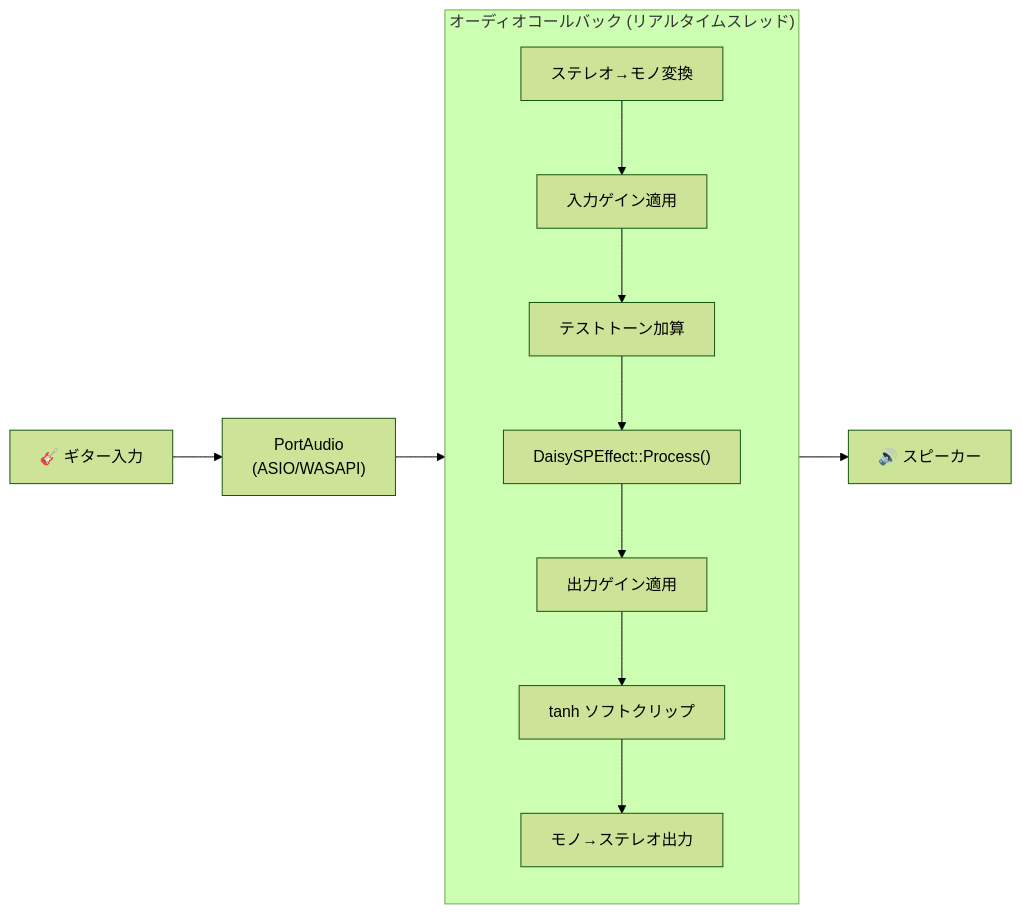
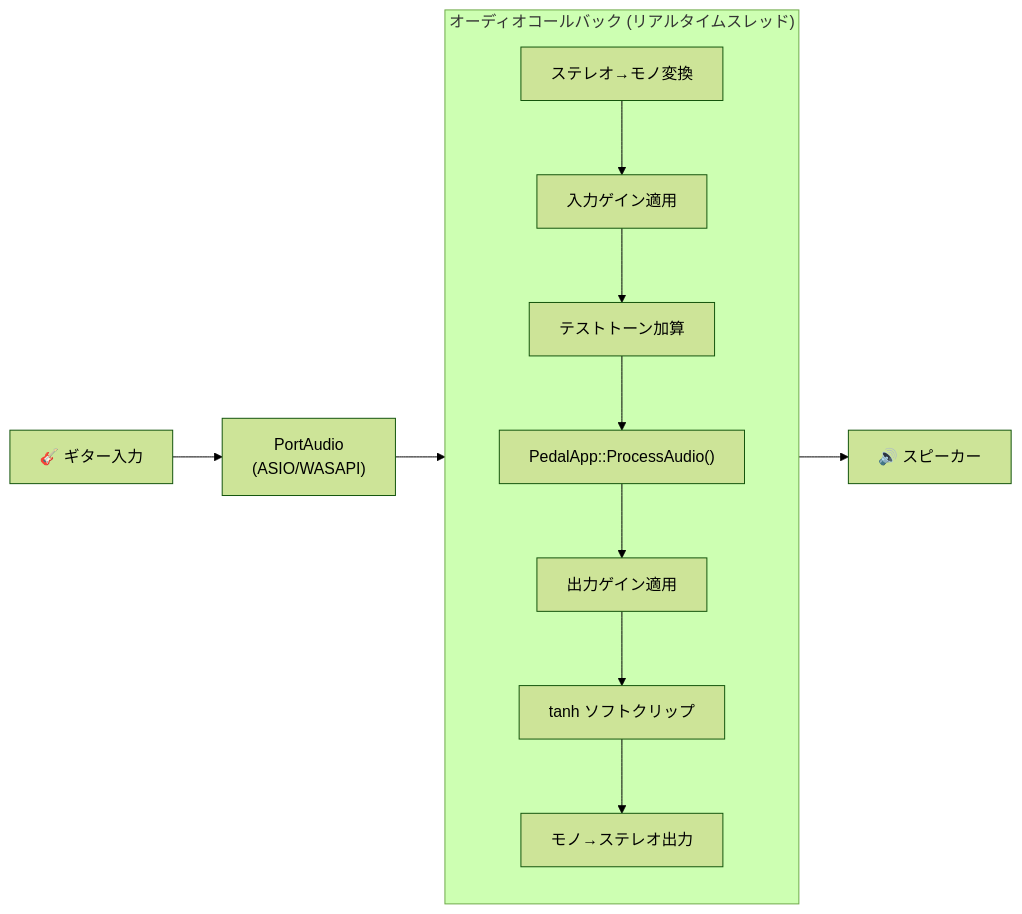
Before and after one commit to hiroyuki-s1/daisy_sim: the fourth of 8 diagrams in README.md, drawn with Mermaid (forest theme). The commit also changed other lines of this file and 30 other files, not shown here.

First line of the commit message:
Add HAL abstraction layer and PedalApp shared logic for all 3 build modes

````diff
--- a/README.md
+++ b/README.md
@@ -202,16 +279,16 @@
 ```mermaid
 flowchart LR
     IN["🎸 ギター入力"] --> PA["PortAudio<br/>(ASIO/WASAPI)"]
     PA --> CB["オーディオ<br/>コールバック"]
     CB --> OUT["🔊 スピーカー"]
 
     subgraph CB["オーディオコールバック (リアルタイムスレッド)"]
         direction TB
         C1["ステレオ→モノ変換"] --> C2["入力ゲイン適用"]
         C2 --> C3["テストトーン加算"]
-        C3 --> C4["DaisySPEffect::Process()"]
+        C3 --> C4["PedalApp::ProcessAudio()"]
         C4 --> C5["出力ゲイン適用"]
         C5 --> C6["tanh ソフトクリップ"]
         C6 --> C7["モノ→ステレオ出力"]
     end
 ```
````
